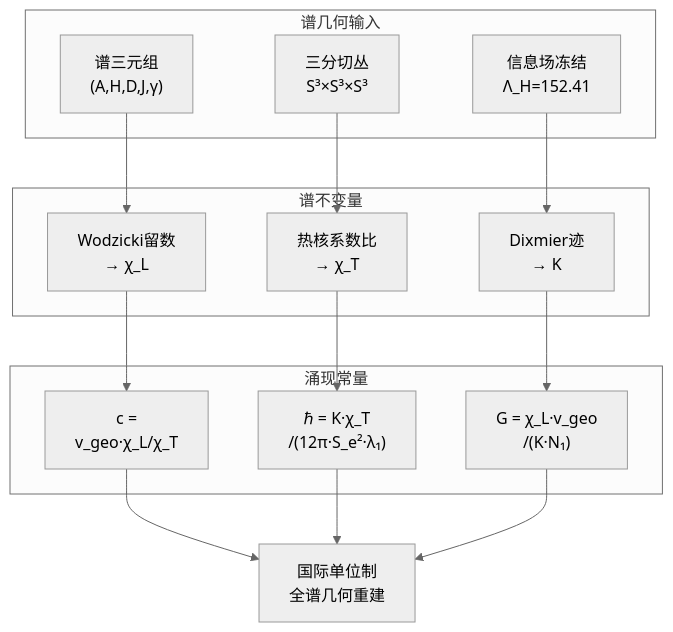
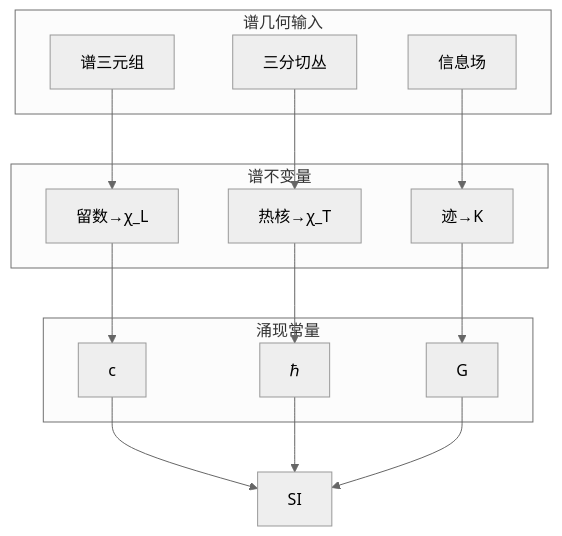
The second of 2 diagrams in app/articles/GT-Vault/Vol-2_量纲桥/2.4_质量标度重建_CN_260713.1.md (sdoygb/geometry-ai-server), drawn with Mermaid (neutral theme) before and after one commit.

Commit message:
AI修改: GT-Vault/Vol-2_量纲桥/2.4_质量标度重建_CN_260713.1.md (369行)

````diff
--- a/app/articles/GT-Vault/Vol-2_量纲桥/2.4_质量标度重建_CN_260713.1.md
+++ b/app/articles/GT-Vault/Vol-2_量纲桥/2.4_质量标度重建_CN_260713.1.md
@@ -334,27 +334,27 @@
 ```mermaid
 flowchart TD
-    subgraph "谱几何输入"
-        A1["谱三元组<br>(A,H,D,J,γ)"]
-        A2["三分切丛<br>S³×S³×S³"]
-        A3["信息场冻结<br>Λ_H=152.41"]
+    subgraph S1["谱几何输入"]
+        A1["谱三元组"]
+        A2["三分切丛"]
+        A3["信息场"]
     end
-    subgraph "谱不变量"
-        B1["Wodzicki留数<br>→ χ_L"]
-        B2["热核系数比<br>→ χ_T"]
-        B3["Dixmier迹<br>→ K"]
+    subgraph S2["谱不变量"]
+        B1["留数→χ_L"]
+        B2["热核→χ_T"]
+        B3["迹→K"]
     end
-    subgraph "涌现常量"
-        C1["c =<br>v_geo·χ_L/χ_T"]
-        C2["ℏ = K·χ_T<br>/(12π·S_e²·λ₁)"]
-        C3["G = χ_L·v_geo<br>/(K·N₁)"]
+    subgraph S3["涌现常量"]
+        C1["c"]
+        C2["ℏ"]
+        C3["G"]
     end
     A1 --> B1
     A2 --> B2
     A3 --> B3
     B1 --> C1
     B2 --> C2
     B3 --> C3
-    C1 --> D["国际单位制<br>全谱几何重建"]
+    C1 --> D["SI"]
     C2 --> D
     C3 --> D
 ```
````
